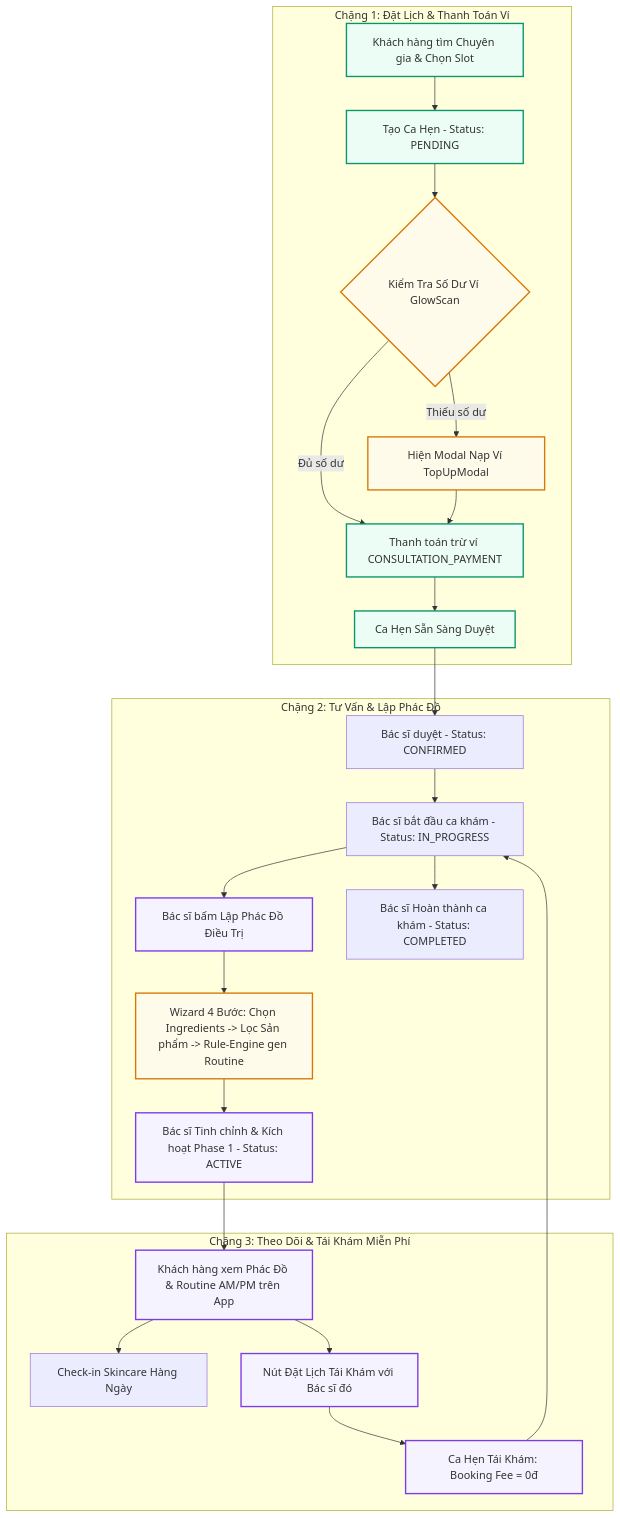
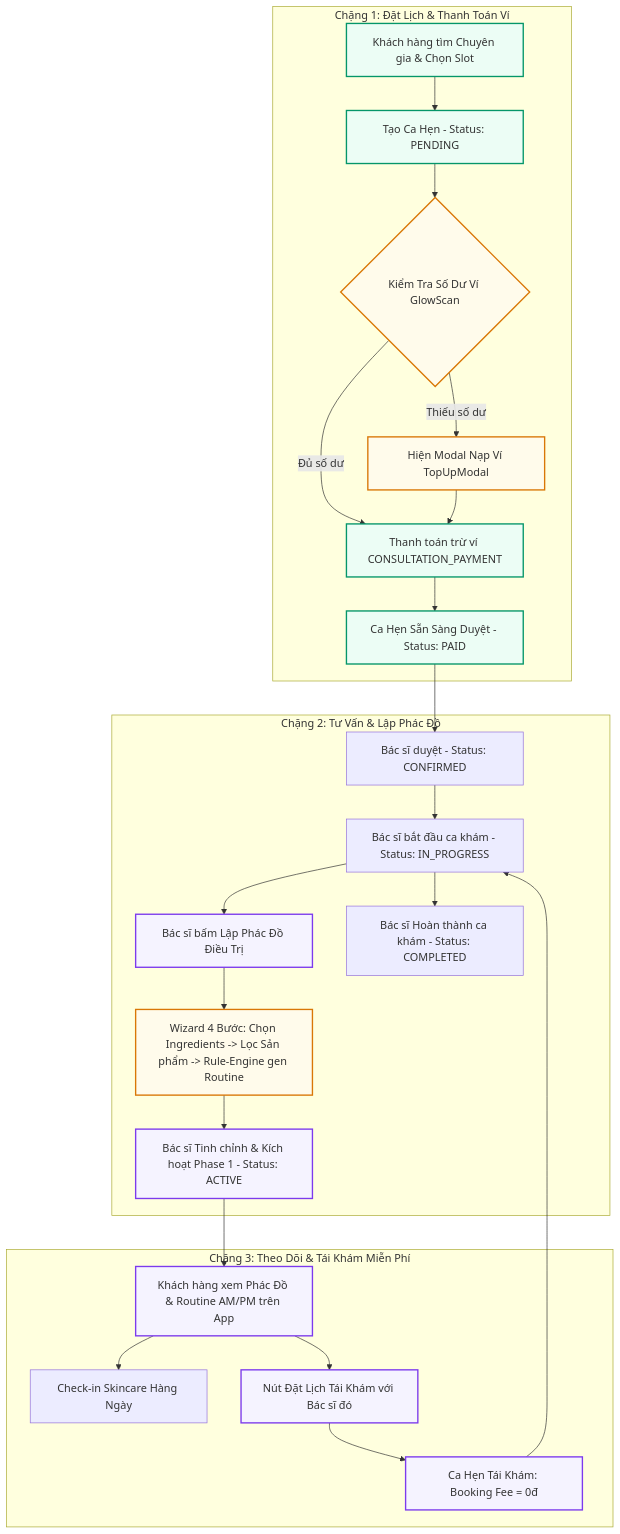
The diagram in docs/consultation_treatment_flow_fe_planning.md (Capstone-F/Fe-Capstone), drawn with Mermaid before and after one commit. The commit also changed other lines of this file, not shown here.

Commit message:
docs: update consultation treatment flow master integration spec

````diff
--- a/docs/consultation_treatment_flow_fe_planning.md
+++ b/docs/consultation_treatment_flow_fe_planning.md
@@ -9,39 +9,39 @@
 ```mermaid
 flowchart TD
     %% Subgraph Khách Hàng - Đặt Lịch & Ví
     subgraph S1 [Chặng 1: Đặt Lịch & Thanh Toán Ví]
         A[Khách hàng tìm Chuyên gia & Chọn Slot] --> B[Tạo Ca Hẹn - Status: PENDING]
         B --> C{Kiểm Tra Số Dư Ví GlowScan}
         C -- Đủ số dư --> D[Thanh toán trừ ví CONSULTATION_PAYMENT]
         C -- Thiếu số dư --> E[Hiện Modal Nạp Ví TopUpModal]
         E --> D
-        D --> F[Ca Hẹn Sẵn Sàng Duyệt]
+        D --> F[Ca Hẹn Sẵn Sàng Duyệt - Status: PAID]
     end
 
     %% Subgraph Bác Sĩ - Duyệt & Tư Vấn
     subgraph S2 [Chặng 2: Tư Vấn & Lập Phác Đồ]
         F --> G[Bác sĩ duyệt - Status: CONFIRMED]
         G --> H[Bác sĩ bắt đầu ca khám - Status: IN_PROGRESS]
         H --> I[Bác sĩ bấm Lập Phác Đồ Điều Trị]
         I --> J[Wizard 4 Bước: Chọn Ingredients -> Lọc Sản phẩm -> Rule-Engine gen Routine]
         J --> K[Bác sĩ Tinh chỉnh & Kích hoạt Phase 1 - Status: ACTIVE]
         H --> L[Bác sĩ Hoàn thành ca khám - Status: COMPLETED]
     end
 
     %% Subgraph Khách Hàng - Nhận Routine & Tái Khám
     subgraph S3 [Chặng 3: Theo Dõi & Tái Khám Miễn Phí]
         K --> M[Khách hàng xem Phác Đồ & Routine AM/PM trên App]
         M --> N[Check-in Skincare Hàng Ngày]
         M --> O[Nút Đặt Lịch Tái Khám với Bác sĩ đó]
         O --> P[Ca Hẹn Tái Khám: Booking Fee = 0đ]
         P --> H
     end
 
     classDef primary fill:#ecfdf5,stroke:#059669,stroke-width:2px;
     classDef warning fill:#fffbeb,stroke:#d97706,stroke-width:2px;
     classDef accent fill:#f5f3ff,stroke:#7c3aed,stroke-width:2px;
 
     class A,B,D,F primary;
     class C,E,J warning;
     class I,K,M,O,P accent;
 ```
````
